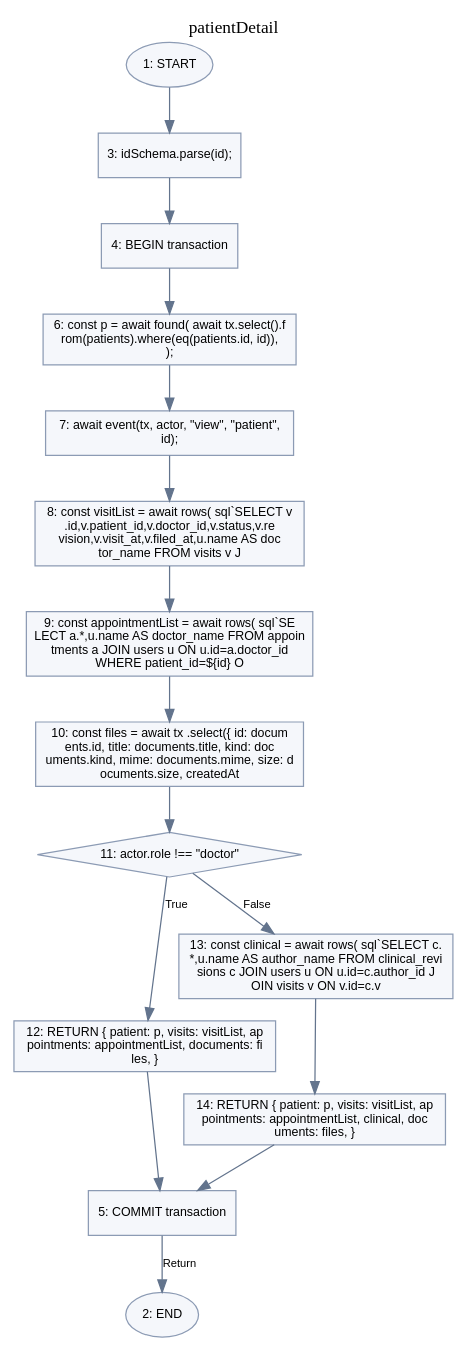
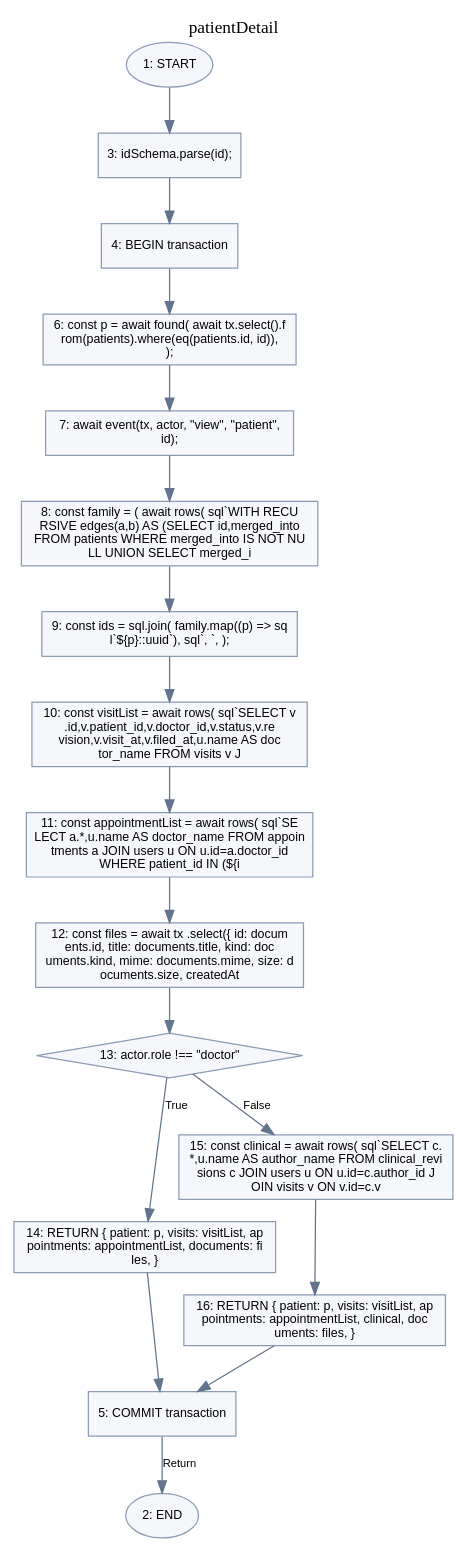
Before and after one commit to starvedsins/practicechart-ehr: the diagram in docs/diagrams/cfg/patientDetail.dot, drawn with Graphviz. The commit also changed 105 other files, not shown here.

Commit message:
Add patient intake, appointment mail, and audit fixes

```diff
--- a/docs/diagrams/cfg/patientDetail.dot
+++ b/docs/diagrams/cfg/patientDetail.dot
@@ -1,27 +1,31 @@
 digraph patientDetail { graph [label="patientDetail",labelloc=t,rankdir=TB,bgcolor="white"];node [fontname="Arial",fontsize=10,style=filled,fillcolor="#f5f7fb",color="#8c9bb4"];edge [fontname="Arial",fontsize=9,color="#63748d"];n1[shape=oval,label="1: START"];
 n2[shape=oval,label="2: END"];
 n3[shape=box,label="3: idSchema.parse(id);"];
 n4[shape=box,label="4: BEGIN transaction"];
 n5[shape=box,label="5: COMMIT transaction"];
 n6[shape=box,label="6: const p = await found( await tx.select().f\nrom(patients).where(eq(patients.id, id)), \n);"];
 n7[shape=box,label="7: await event(tx, actor, \"view\", \"patient\", \nid);"];
-n8[shape=box,label="8: const visitList = await rows( sql`SELECT v\n.id,v.patient_id,v.doctor_id,v.status,v.re\nvision,v.visit_at,v.filed_at,u.name AS doc\ntor_name FROM visits v J"];
-n9[shape=box,label="9: const appointmentList = await rows( sql`SE\nLECT a.*,u.name AS doctor_name FROM appoin\ntments a JOIN users u ON u.id=a.doctor_id \nWHERE patient_id=${id} O"];
-n10[shape=box,label="10: const files = await tx .select({ id: docum\nents.id, title: documents.title, kind: doc\numents.kind, mime: documents.mime, size: d\nocuments.size, createdAt"];
-n11[shape=diamond,label="11: actor.role !== \"doctor\""];
-n12[shape=box,label="12: RETURN { patient: p, visits: visitList, ap\npointments: appointmentList, documents: fi\nles, }"];
-n13[shape=box,label="13: const clinical = await rows( sql`SELECT c.\n*,u.name AS author_name FROM clinical_revi\nsions c JOIN users u ON u.id=c.author_id J\nOIN visits v ON v.id=c.v"];
-n14[shape=box,label="14: RETURN { patient: p, visits: visitList, ap\npointments: appointmentList, clinical, doc\numents: files, }"];n1->n3[label=""];
+n8[shape=box,label="8: const family = ( await rows( sql`WITH RECU\nRSIVE edges(a,b) AS (SELECT id,merged_into\n FROM patients WHERE merged_into IS NOT NU\nLL UNION SELECT merged_i"];
+n9[shape=box,label="9: const ids = sql.join( family.map((p) => sq\nl`${p}::uuid`), sql`, `, );"];
+n10[shape=box,label="10: const visitList = await rows( sql`SELECT v\n.id,v.patient_id,v.doctor_id,v.status,v.re\nvision,v.visit_at,v.filed_at,u.name AS doc\ntor_name FROM visits v J"];
+n11[shape=box,label="11: const appointmentList = await rows( sql`SE\nLECT a.*,u.name AS doctor_name FROM appoin\ntments a JOIN users u ON u.id=a.doctor_id \nWHERE patient_id IN (${i"];
+n12[shape=box,label="12: const files = await tx .select({ id: docum\nents.id, title: documents.title, kind: doc\numents.kind, mime: documents.mime, size: d\nocuments.size, createdAt"];
+n13[shape=diamond,label="13: actor.role !== \"doctor\""];
+n14[shape=box,label="14: RETURN { patient: p, visits: visitList, ap\npointments: appointmentList, documents: fi\nles, }"];
+n15[shape=box,label="15: const clinical = await rows( sql`SELECT c.\n*,u.name AS author_name FROM clinical_revi\nsions c JOIN users u ON u.id=c.author_id J\nOIN visits v ON v.id=c.v"];
+n16[shape=box,label="16: RETURN { patient: p, visits: visitList, ap\npointments: appointmentList, clinical, doc\numents: files, }"];n1->n3[label=""];
 n3->n4[label=""];
 n4->n6[label=""];
 n6->n7[label=""];
 n7->n8[label=""];
 n8->n9[label=""];
 n9->n10[label=""];
 n10->n11[label=""];
-n11->n12[label="True"];
-n12->n5[label=""];
-n11->n13[label="False"];
-n13->n14[label=""];
+n11->n12[label=""];
+n12->n13[label=""];
+n13->n14[label="True"];
 n14->n5[label=""];
+n13->n15[label="False"];
+n15->n16[label=""];
+n16->n5[label=""];
 n5->n2[label="Return"];}
```
